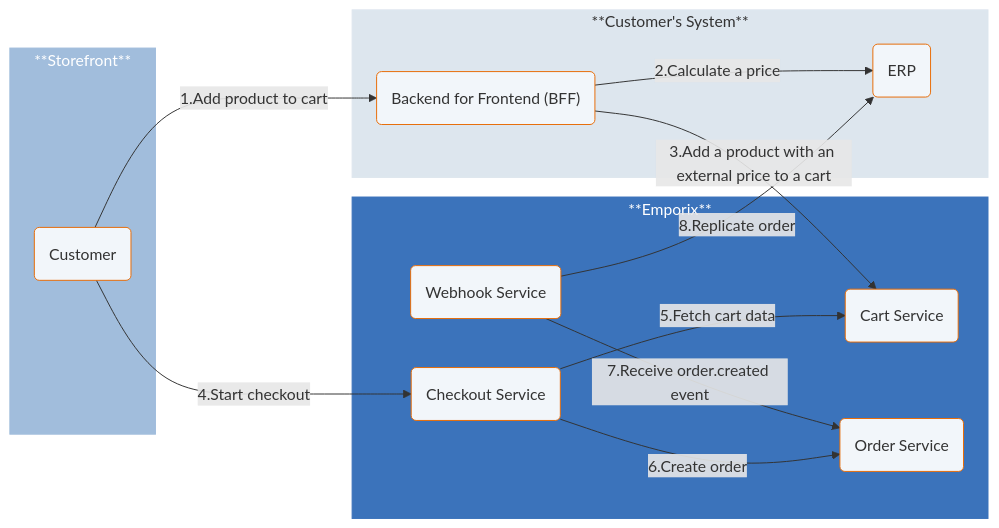
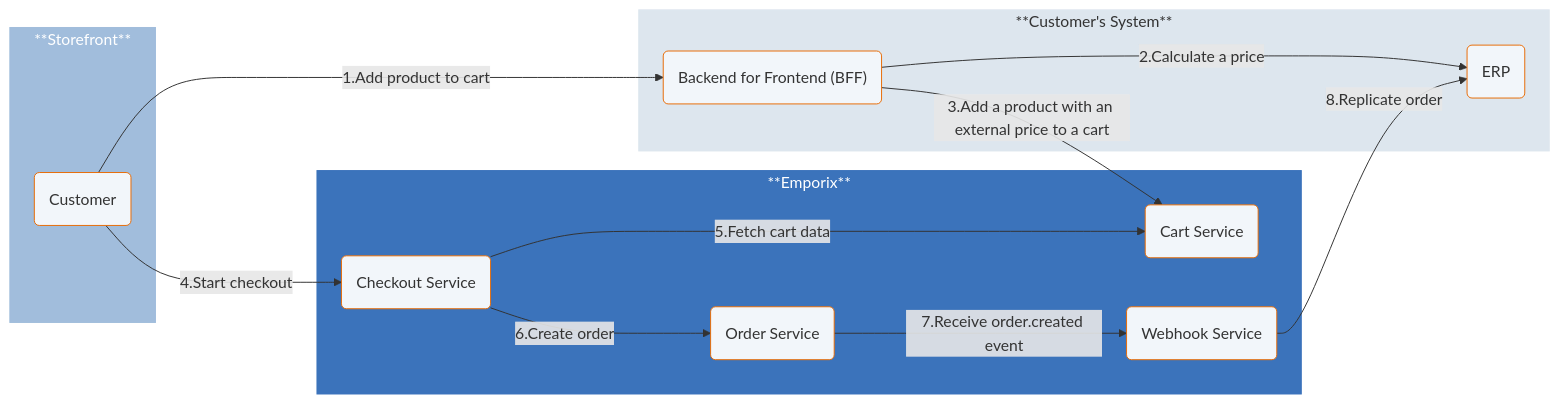
The diagram in orders/order/order_sync.mmd (emporix/api-references), drawn with Mermaid before and after one commit. The commit also changed 3 other files, not shown here.

Commit message:
COP-3102 Diagram update

```diff
--- a/orders/order/order_sync.mmd
+++ b/orders/order/order_sync.mmd
@@ -1,51 +1,51 @@
 ---
 config:
   layout: fixed
   theme: default
   look: classic
 ---
 flowchart LR
  subgraph subGraph0["**Storefront**"]
         A["Customer"]
   end
  subgraph subGraph1["**Emporix**"]
         CS["Cart Service"]
         CHK["Checkout Service"]
         OS["Order Service"]
         WS["Webhook Service"]
   end
  subgraph subGraph2["**Customer's System**"]
         BFF["Backend for Frontend (BFF)"]
         ERP["ERP"]
   end
     A -- "1.Add product to cart" --> BFF
     BFF -- "2.Calculate a price" --> ERP
     BFF -- "3.Add a product with an external price to a cart" --> CS
     A -- "4.Start checkout" --> CHK
     CHK -- "5.Fetch cart data" --> CS
     CHK -- "6.Create order" --> OS
-    WS -- "7.Receive order.created event" --> OS
+    OS -- "7.Receive order.created event" --> WS
     WS -- "8.Replicate order" --> ERP
     A@{ shape: rounded}
     CS@{ shape: rounded}
     CHK@{ shape: rounded}
     OS@{ shape: rounded}
     WS@{ shape: rounded}
     BFF@{ shape: rounded}
     ERP@{ shape: rounded}
      A:::Class_04
      CS:::Class_04
      CHK:::Class_04
      OS:::Class_04
      WS:::Class_04
      BFF:::Class_04
      ERP:::Class_04
      subGraph1:::Class_03
      subGraph0:::Class_01
      subGraph2:::Class_02
     classDef Class_02 stroke-width:1px, stroke-dasharray: 0, stroke:#DDE6EE, fill:#DDE6EE
     classDef Class_01 stroke-width:1px, stroke-dasharray: 0, stroke:#A1BDDC, fill:#A1BDDC
     classDef Class_03 stroke-width:1px, stroke-dasharray: 0, stroke:#3b73bb, fill:#3b73bb
     classDef Class_04 fill:#F2F6FA, stroke:#E86C07
     style subGraph1 color:#FFFFFF
     style subGraph0 color:#FFFFFF
```
